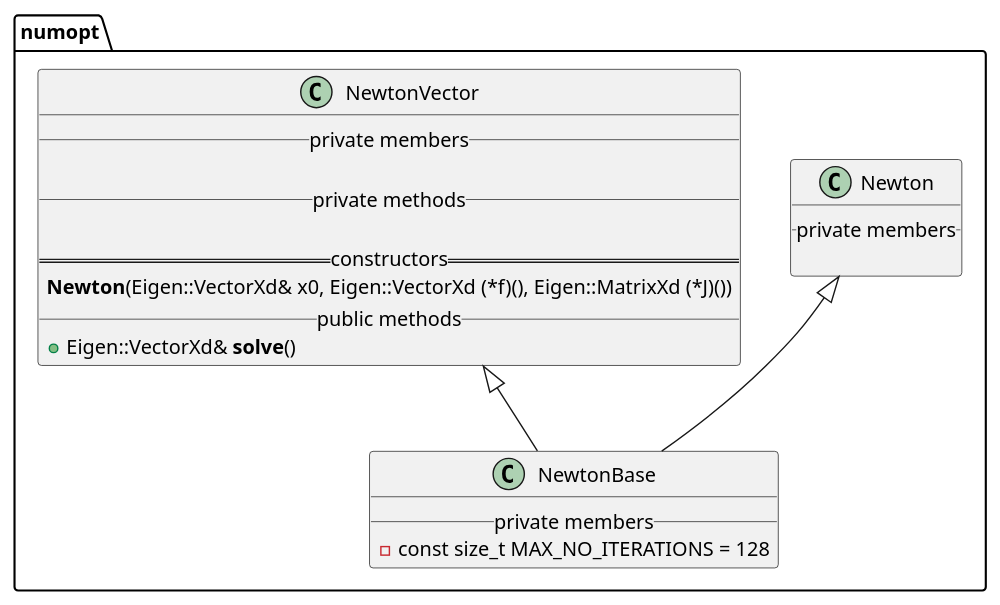
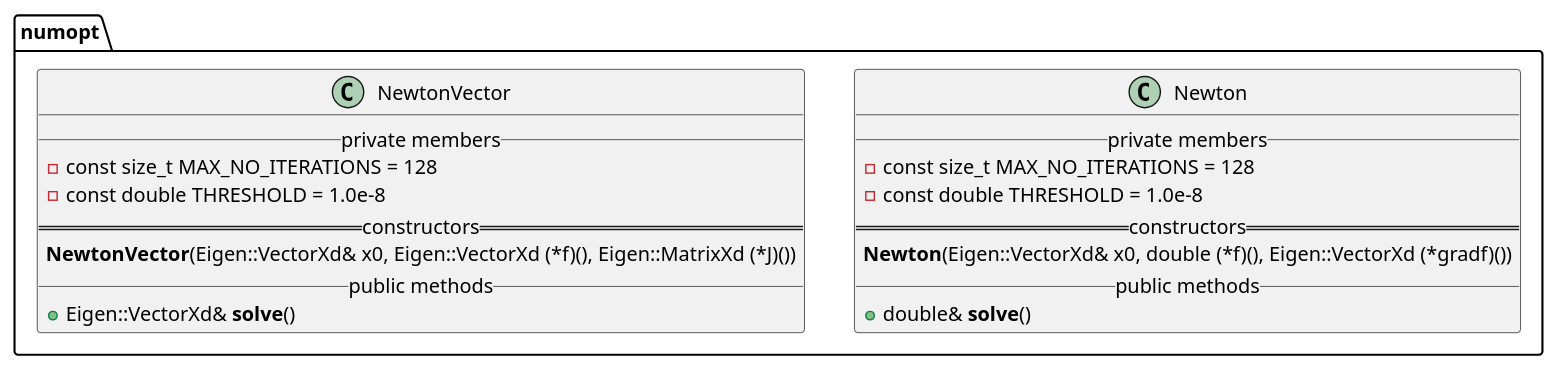
One commit to matt-chan/numopt changed the diagram in docs/numopt.puml. Above: the diagram before and after it, drawn with PlantUML. The commit also changed 1 other file, not shown here.

Commit message:
Added UML diagram.

```diff
--- a/docs/numopt.puml
+++ b/docs/numopt.puml
@@ -1,33 +1,26 @@
 @startuml
 
 namespace numopt {
 
-    class NewtonBase {
+    class Newton {
         __ private members __
             - const size_t MAX_NO_ITERATIONS = 128
-    }
-
-    class Newton {
-        __ private members __
-
+            - const double THRESHOLD = 1.0e-8
+        == constructors ==
+            **Newton**(Eigen::VectorXd& x0, double (*f)(), Eigen::VectorXd (*gradf)())
+        __ public methods __
+            + double& **solve**()
     }
 
     class NewtonVector {
         __ private members __
-
-        __ private methods __
-
+            - const size_t MAX_NO_ITERATIONS = 128
+            - const double THRESHOLD = 1.0e-8
         == constructors ==
-            **Newton**(Eigen::VectorXd& x0, Eigen::VectorXd (*f)(), Eigen::MatrixXd (*J)())
+            **NewtonVector**(Eigen::VectorXd& x0, Eigen::VectorXd (*f)(), Eigen::MatrixXd (*J)())
         __ public methods __
             + Eigen::VectorXd& **solve**()
     }
 }
 
-
-numopt.Newton <|-- numopt.NewtonBase
-numopt.NewtonVector <|-- numopt.NewtonBase
-
-
-
 @enduml
```
